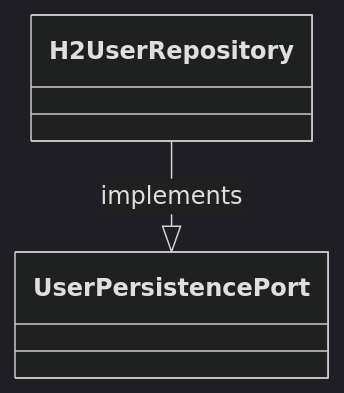
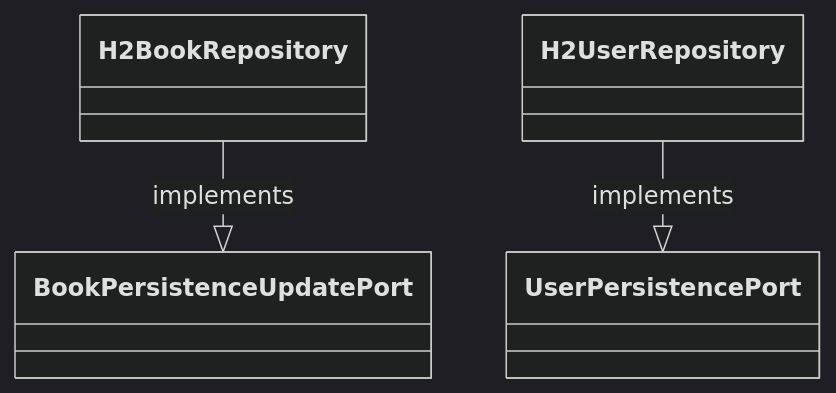
Before and after one commit to z669016/mybooks: the tenth of 11 diagrams in README.md, drawn with Mermaid (dark theme). The commit also changed other lines of this file and 2 other files, not shown here.

````diff
--- a/README.md
+++ b/README.md
@@ -458,4 +497,5 @@
 ```mermaid
 classDiagram
+    H2BookRepository --|> BookPersistenceUpdatePort: implements
     H2UserRepository --|> UserPersistencePort: implements
 ```
````
